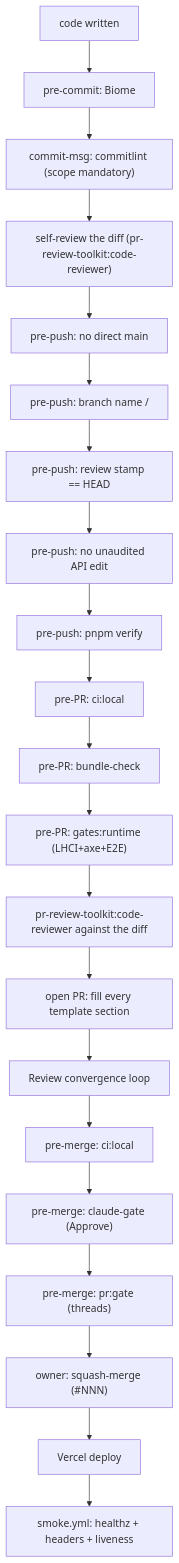
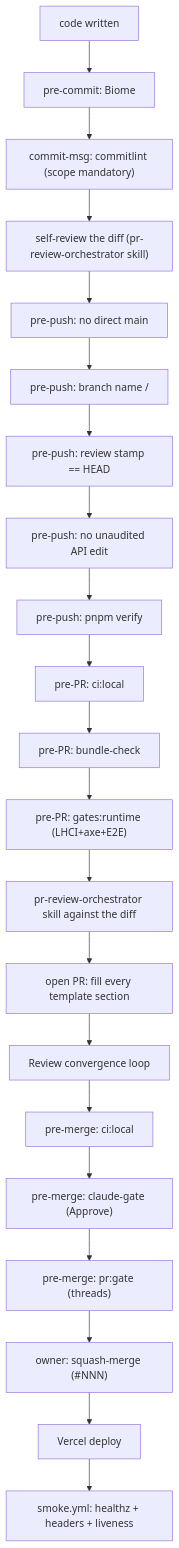
Before and after one commit to erikunha/portfolio: the first of 2 diagrams in docs/handbook/review-merge-release.md, drawn with Mermaid. The commit also changed other lines of this file and 21 other files, not shown here.

````diff
--- a/docs/handbook/review-merge-release.md
+++ b/docs/handbook/review-merge-release.md
@@ -7,23 +7,23 @@
 ```mermaid
 flowchart TD
     write["code written"] --> c1["pre-commit: Biome"]
     c1 --> c2["commit-msg: commitlint (scope mandatory)"]
-    c2 --> battery["self-review the diff (pr-review-toolkit:code-reviewer)"]
+    c2 --> battery["self-review the diff (pr-review-orchestrator skill)"]
     battery --> p1["pre-push: no direct main"]
     p1 --> p2["pre-push: branch name <type>/<desc>"]
     p2 --> p3["pre-push: review stamp == HEAD"]
     p3 --> p4["pre-push: no unaudited API edit"]
     p4 --> p5["pre-push: pnpm verify"]
     p5 --> r1["pre-PR: ci:local"]
     r1 --> r2["pre-PR: bundle-check"]
     r2 --> r4["pre-PR: gates:runtime (LHCI+axe+E2E)"]
-    r4 --> r5["pr-review-toolkit:code-reviewer against the diff"]
+    r4 --> r5["pr-review-orchestrator skill against the diff"]
     r5 --> o1["open PR: fill every template section"]
     o1 --> o2["Review convergence loop"]
     o2 --> m1["pre-merge: ci:local"]
     m1 --> m3["pre-merge: claude-gate (Approve)"]
     m3 --> m4["pre-merge: pr:gate (threads)"]
     m4 --> merge["owner: squash-merge (#NNN)"]
     merge --> deploy["Vercel deploy"]
     deploy --> smoke["smoke.yml: healthz + headers + liveness"]
 ```
````
